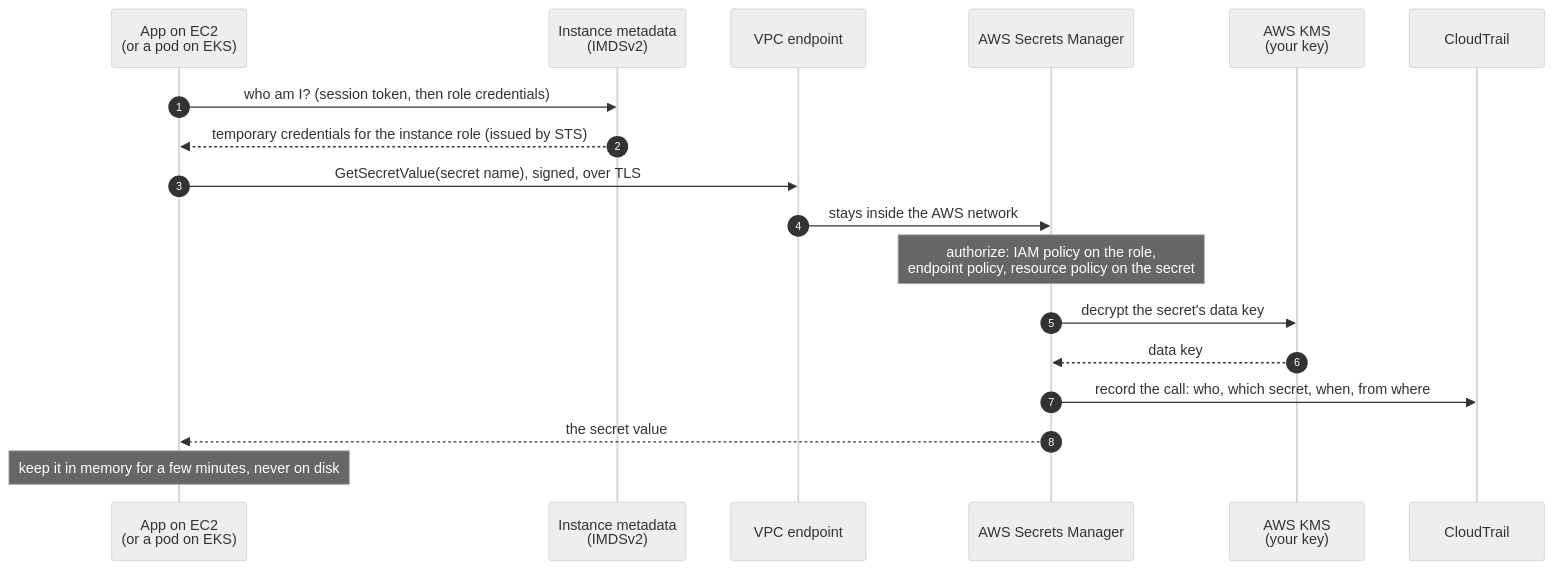
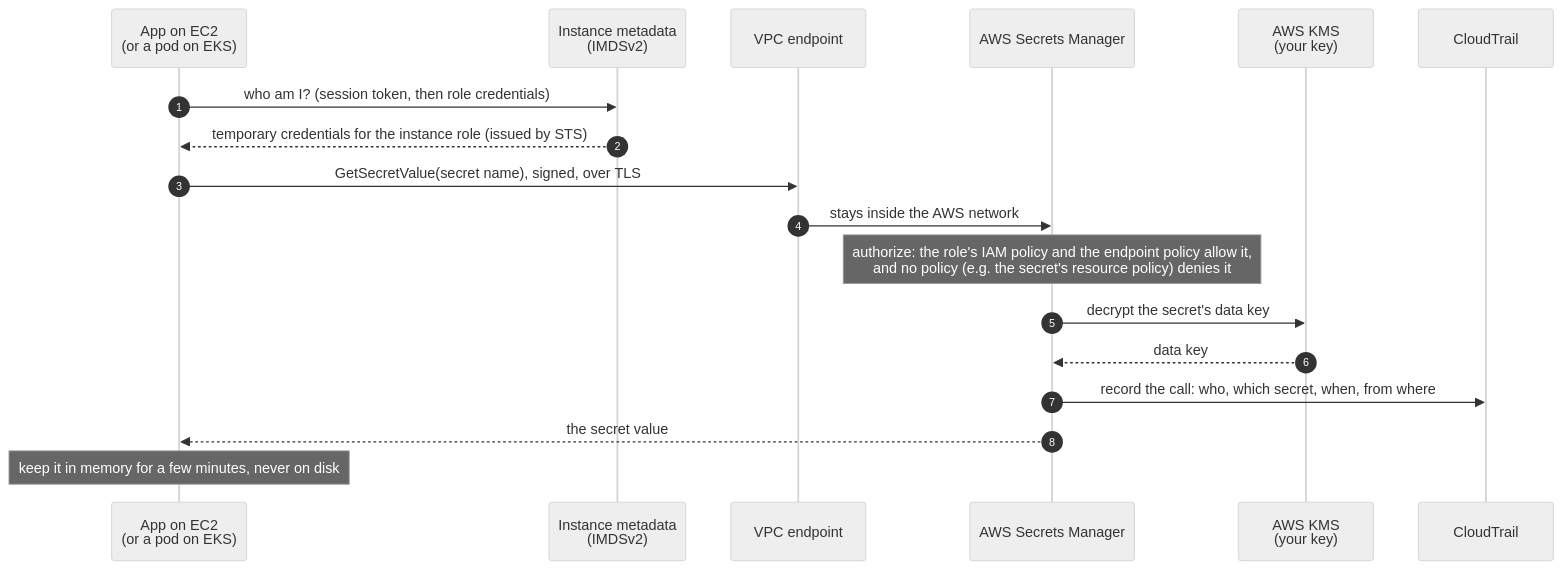
The diagram in docs/learn/01-secrets-managers.md (ephico2real2/aws-secrets-manager-node-poc), drawn with Mermaid (neutral theme) before and after one commit. The commit also changed other lines of this file and 14 other files, not shown here.

````diff
--- a/docs/learn/01-secrets-managers.md
+++ b/docs/learn/01-secrets-managers.md
@@ -36,20 +36,20 @@
 ```mermaid
 sequenceDiagram
   autonumber
   participant App as App on EC2<br/>(or a pod on EKS)
   participant IMDS as Instance metadata<br/>(IMDSv2)
   participant VPCE as VPC endpoint
   participant SM as AWS Secrets Manager
   participant KMS as AWS KMS<br/>(your key)
   participant CT as CloudTrail
   App->>IMDS: who am I? (session token, then role credentials)
   IMDS-->>App: temporary credentials for the instance role (issued by STS)
   App->>VPCE: GetSecretValue(secret name), signed, over TLS
   VPCE->>SM: stays inside the AWS network
-  Note over SM: authorize: IAM policy on the role,<br/>endpoint policy, resource policy on the secret
+  Note over SM: authorize: the role's IAM policy and the endpoint policy allow it,<br/>and no policy (e.g. the secret's resource policy) denies it
   SM->>KMS: decrypt the secret's data key
   KMS-->>SM: data key
   SM->>CT: record the call: who, which secret, when, from where
   SM-->>App: the secret value
   Note over App: keep it in memory for a few minutes, never on disk
 ```
````
